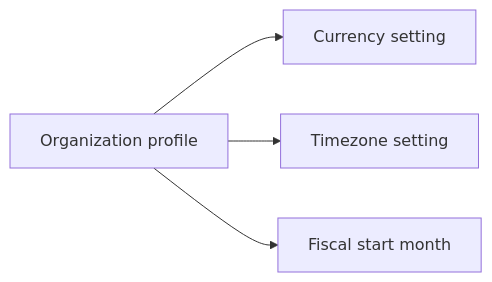
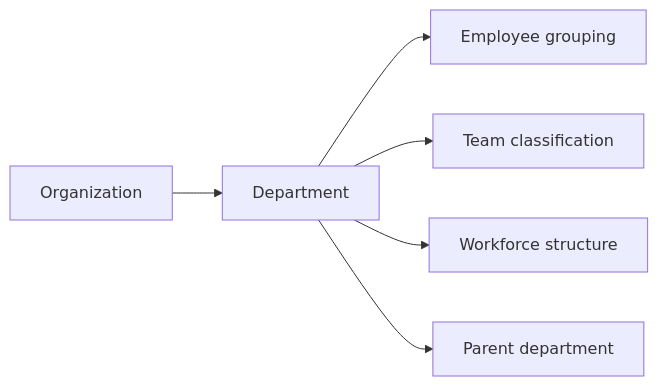
One commit to wrtnlabs/autobe-examples changed the third of 19 diagrams in openai/gpt-5.4-mini/erp/docs/analysis/02-domain-model.md. Above: the diagram before and after it, drawn with Mermaid. The commit also changed other lines of this file and 9017 other files, not shown here.

````diff
--- a/openai/gpt-5.4-mini/erp/docs/analysis/02-domain-model.md
+++ b/openai/gpt-5.4-mini/erp/docs/analysis/02-domain-model.md
@@ -67,6 +230,8 @@
 ```mermaid
 flowchart LR
-    A["Organization profile"] --> B["Currency setting"]
-    A --> C["Timezone setting"]
-    A --> D["Fiscal start month"]
+    A["Organization"] --> B["Department"]
+    B --> C["Employee grouping"]
+    B --> D["Team classification"]
+    B --> E["Workforce structure"]
+    B --> F["Parent department"]
 ```
````
